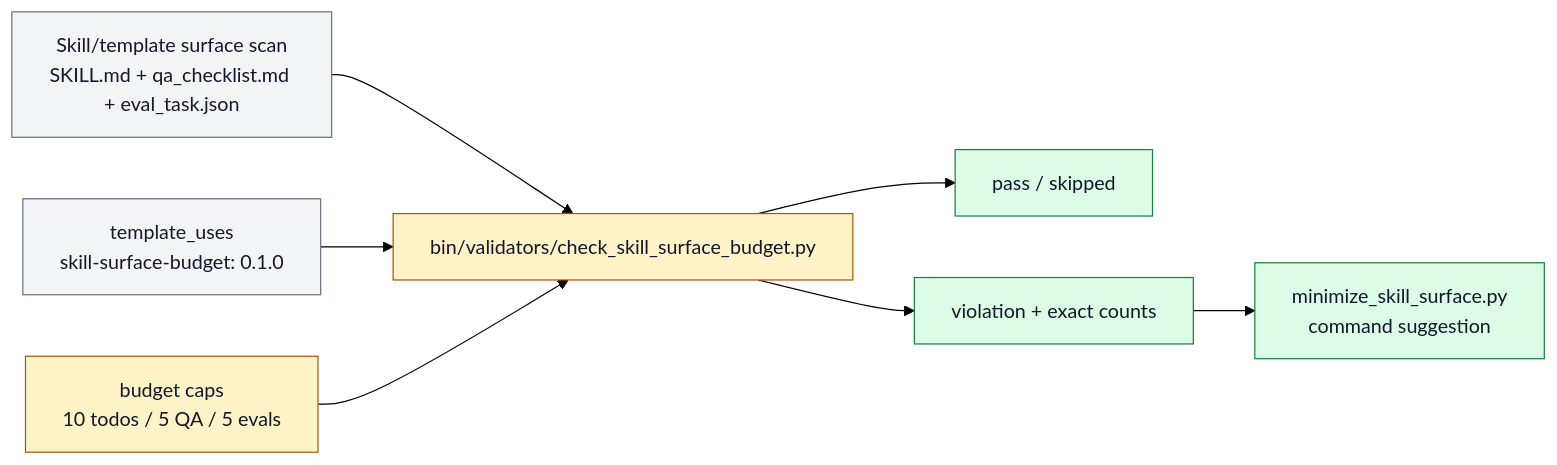
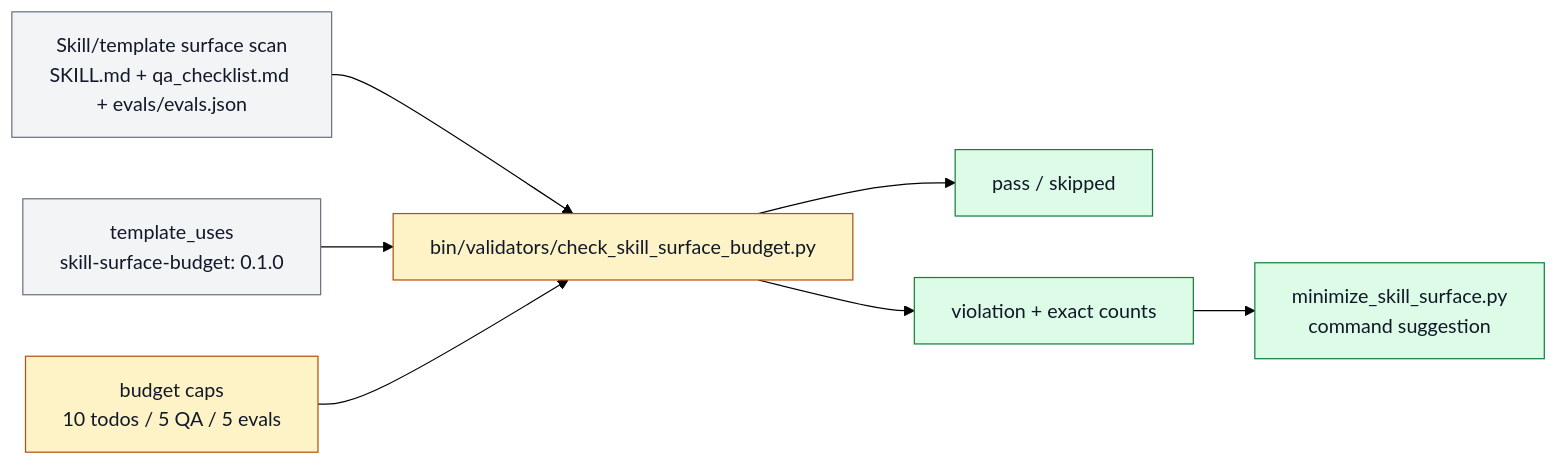
Before and after one commit to ZanarkandTechnologies/Farplane: the diagram in docs/features/FEAT-0062-capped-skill-surface-budget.md, drawn with Mermaid (forest theme). The commit also changed other lines of this file and 305 other files, not shown here.

````diff
--- a/docs/features/FEAT-0062-capped-skill-surface-budget.md
+++ b/docs/features/FEAT-0062-capped-skill-surface-budget.md
@@ -113,22 +113,22 @@
 ```mermaid
 flowchart LR
   classDef keep fill:#f3f4f6,stroke:#6b7280,color:#111827
   classDef changed fill:#fef3c7,stroke:#b45309,color:#111827
   classDef added fill:#dcfce7,stroke:#15803d,color:#111827
   classDef retired fill:#fee2e2,stroke:#b91c1c,color:#7f1d1d,stroke-dasharray: 5 3
 
-  scan["Skill/template surface scan<br/>SKILL.md + qa_checklist.md + eval_task.json"]:::keep
+  scan["Skill/template surface scan<br/>SKILL.md + qa_checklist.md + evals/evals.json"]:::keep
   optin["template_uses<br/>skill-surface-budget: 0.1.0"]:::keep
   caps["budget caps<br/>10 todos / 5 QA / 5 evals"]:::changed
   validator["bin/validators/check_skill_surface_budget.py"]:::changed
   pass["pass / skipped"]:::added
   violation["violation + exact counts"]:::added
   minimize["minimize_skill_surface.py<br/>command suggestion"]:::added
 
   scan --> validator
   optin --> validator
   caps --> validator
   validator --> pass
   validator --> violation
   violation --> minimize
 ```
````
